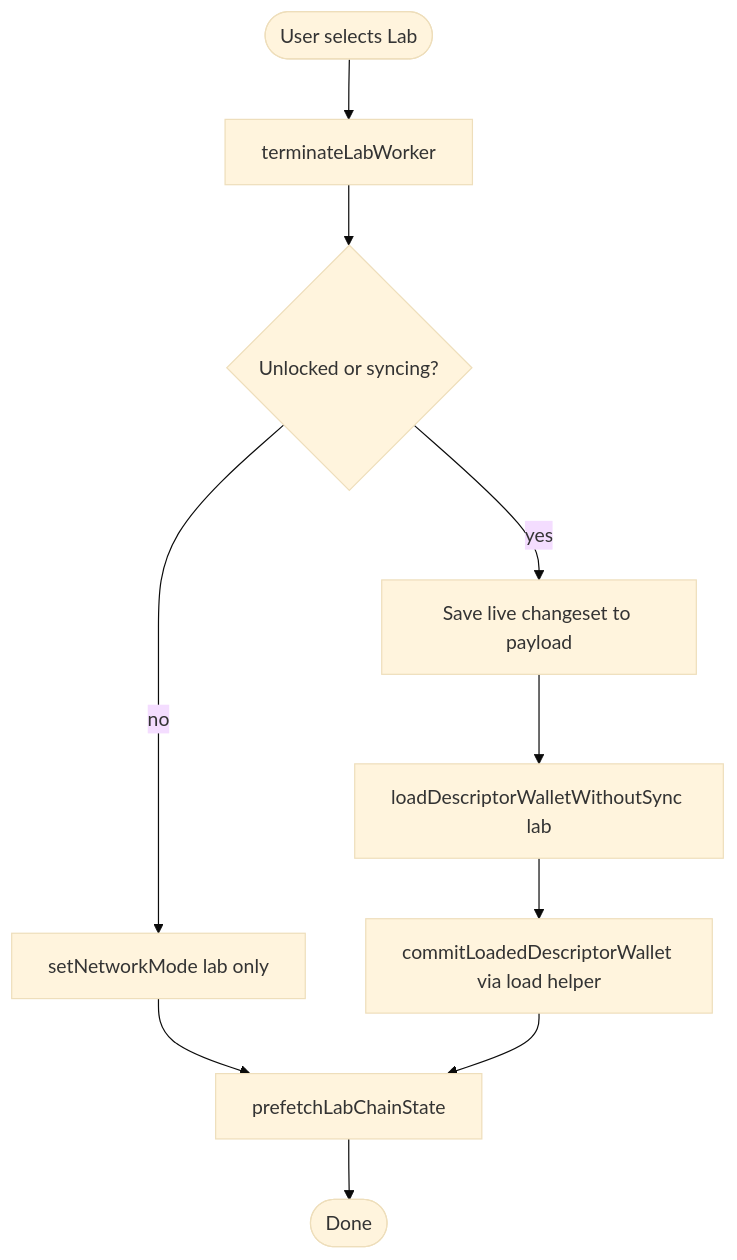
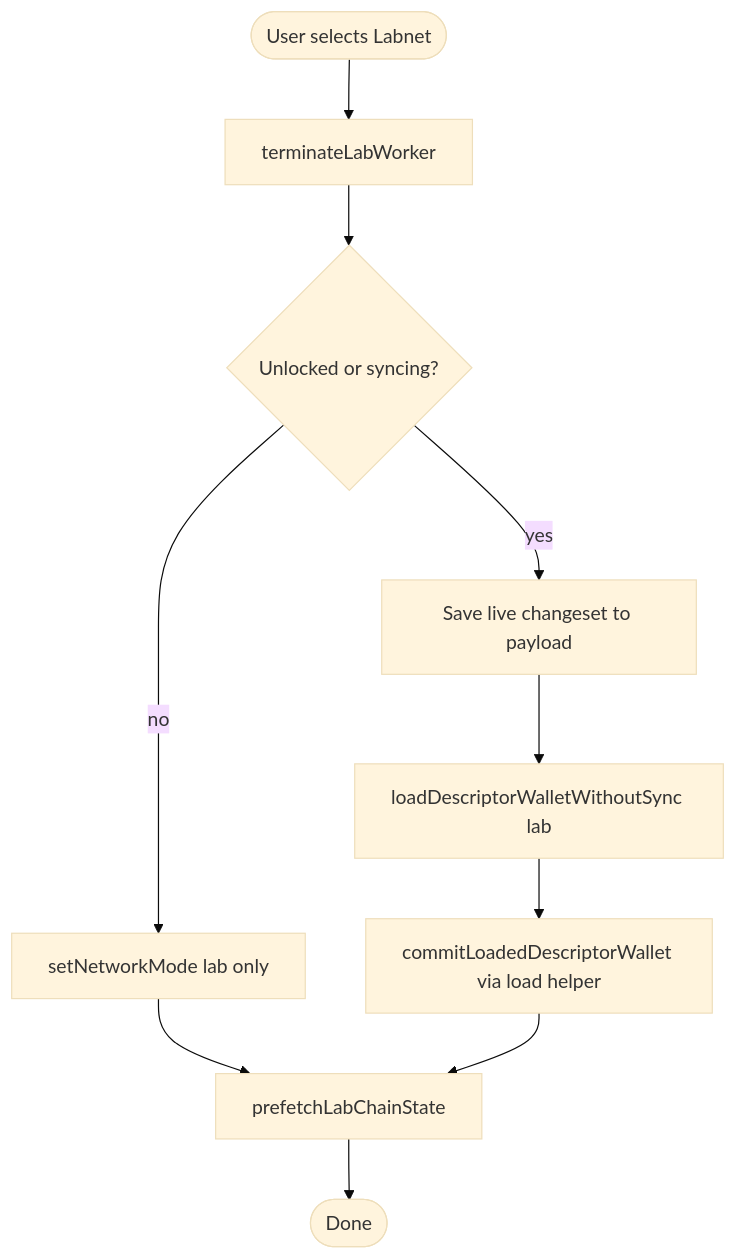
Before and after one commit to Radivis/bitboard-pwa-wallet: the third of 3 diagrams in docs/descriptor-wallet-switching.md, drawn with Mermaid (base theme). The commit also changed other lines of this file and 31 other files, not shown here.

Commit message:
Renamed Lab network to Labnet for clarity

````diff
--- a/docs/descriptor-wallet-switching.md
+++ b/docs/descriptor-wallet-switching.md
@@ -143,12 +143,12 @@
 ```mermaid
 flowchart TB
-  START([User selects Lab]) --> TERM[terminateLabWorker]
+  START([User selects Labnet]) --> TERM[terminateLabWorker]
   TERM --> UNLOCK{Unlocked or syncing?}
   UNLOCK -->|no| PREF[setNetworkMode lab only]
   UNLOCK -->|yes| SAVE[Save live changeset to payload]
   SAVE --> LOAD[loadDescriptorWalletWithoutSync lab]
   LOAD --> PREF2[commitLoadedDescriptorWallet via load helper]
   PREF --> WARM[prefetchLabChainState]
   PREF2 --> WARM
   WARM --> DONE([Done])
 ```
````
